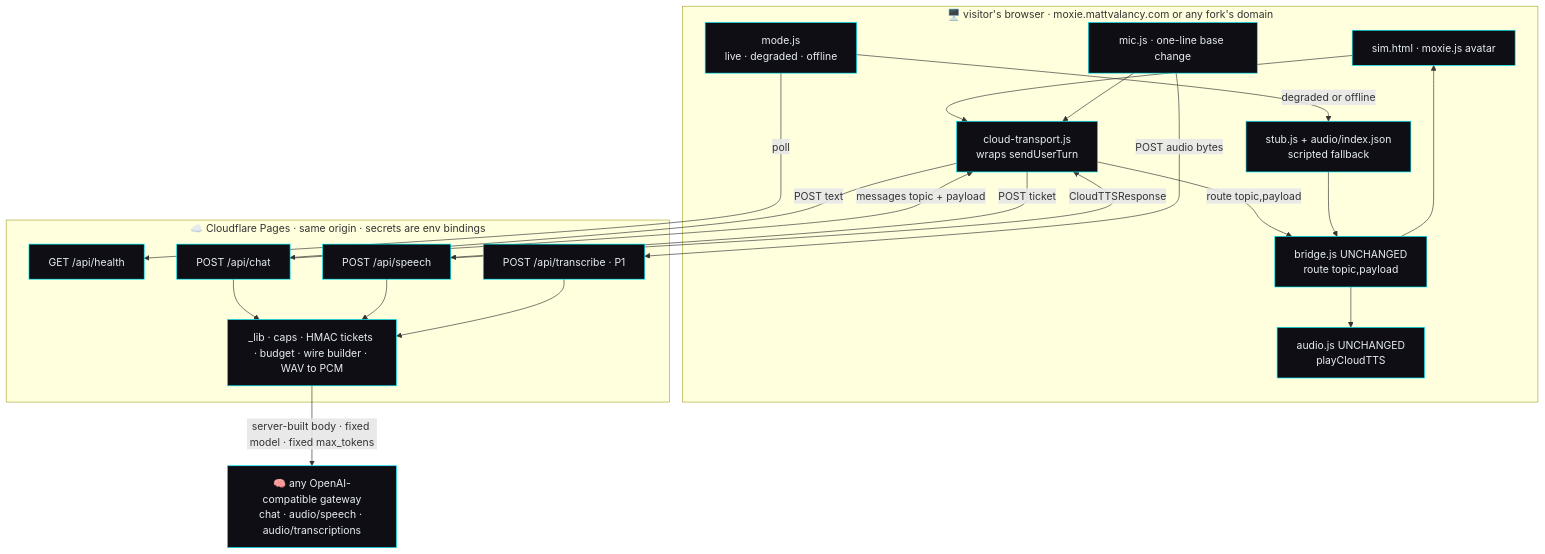
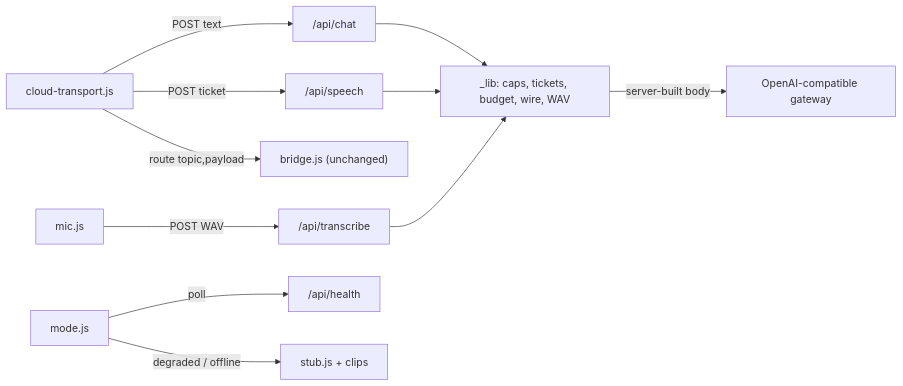
The first of 2 diagrams in sim/web/docs-bundle/architecture/backlog/live-sim-demo.md (mvalancy/moxie-robot-saver), drawn with Mermaid before and after one commit. The commit also changed other lines of this file and 454 other files, not shown here.

````diff
--- a/sim/web/docs-bundle/architecture/backlog/live-sim-demo.md
+++ b/sim/web/docs-bundle/architecture/backlog/live-sim-demo.md
@@ -186,40 +101,11 @@
 ```mermaid
-flowchart TD
-  subgraph browser["🖥️ visitor's browser · moxie.mattvalancy.com or any fork's domain"]
-    ui["sim.html · moxie.js avatar"]
-    mode["mode.js<br/>live · degraded · offline"]
-    tr["cloud-transport.js<br/>wraps sendUserTurn"]
-    br["bridge.js UNCHANGED<br/>route topic,payload"]
-    au["audio.js UNCHANGED<br/>playCloudTTS"]
-    st["stub.js + audio/index.json<br/>scripted fallback"]
-    mic["mic.js · one-line base change"]
-  end
-  subgraph edge["☁️ Cloudflare Pages · same origin · secrets are env bindings"]
-    h["GET /api/health"]
-    c["POST /api/chat"]
-    s["POST /api/speech"]
-    t["POST /api/transcribe · P1"]
-    lib["_lib · caps · HMAC tickets · budget · wire builder · WAV to PCM"]
-  end
-  gw["🧠 any OpenAI-compatible gateway<br/>chat · audio/speech · audio/transcriptions"]
-
-  ui --> tr
-  mic --> tr
-  tr -->|"POST text"| c
-  tr -->|"POST ticket"| s
-  mic -->|"POST audio bytes"| t
-  mode -->|"poll"| h
-  c --> lib
-  s --> lib
-  t --> lib
-  lib -->|"server-built body · fixed model · fixed max_tokens"| gw
-  c -->|"messages topic + payload"| tr
-  s -->|"CloudTTSResponse"| tr
-  tr -->|"route topic,payload"| br
-  br --> au
-  br --> ui
-  mode -->|"degraded or offline"| st
-  st --> br
-  classDef s fill:#0e0e14,stroke:#00f0ff,color:#e8edf5;
-  class ui,mode,tr,br,au,st,mic,h,c,s,t,lib,gw s;
+flowchart LR
+  tr["cloud-transport.js"] -->|POST text| c["/api/chat"]
+  tr -->|POST ticket| s["/api/speech"]
+  mic["mic.js"] -->|POST WAV| t["/api/transcribe"]
+  mode["mode.js"] -->|poll| h["/api/health"]
+  c & s & t --> lib["_lib: caps, tickets, budget, wire, WAV"]
+  lib -->|server-built body| gw["OpenAI-compatible gateway"]
+  tr -->|route topic,payload| br["bridge.js (unchanged)"]
+  mode -->|degraded / offline| st["stub.js + clips"]
 ```
````
